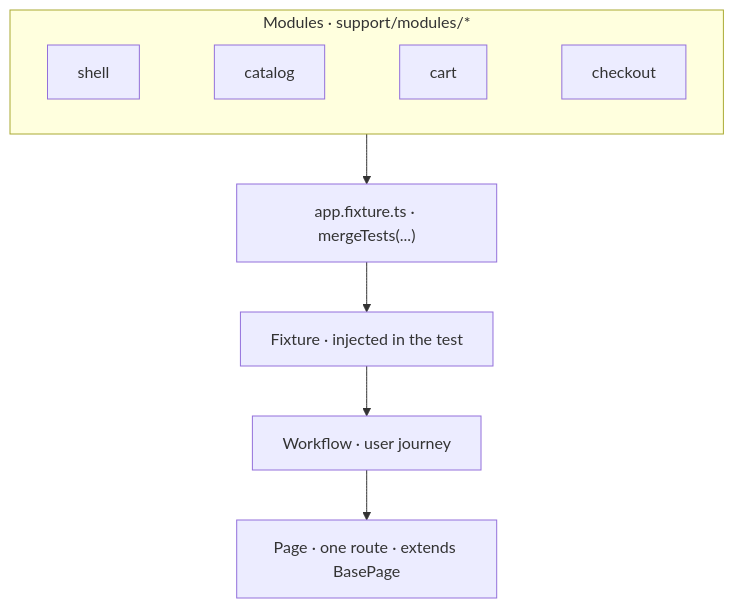
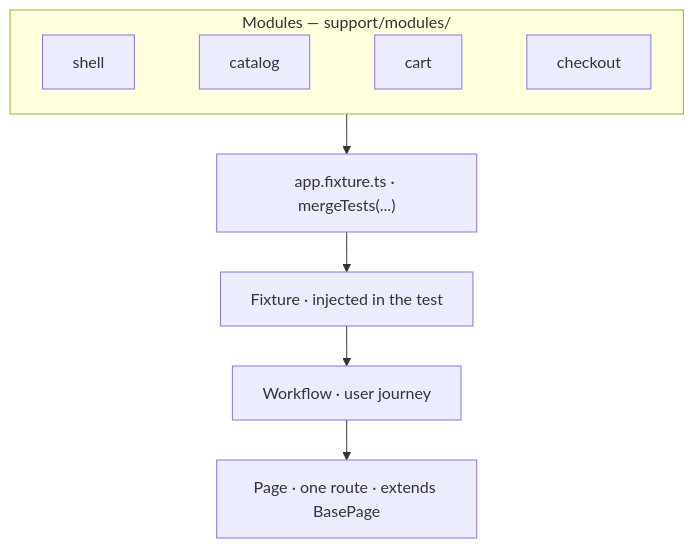
The third of 5 diagrams in README.md (getulionm/pw-composition), drawn with Mermaid before and after one commit. The commit also changed other lines of this file and 2 other files, not shown here.

First line of the commit message:
Improve README diagrams and folder tree readability.

````diff
--- a/README.md
+++ b/README.md
@@ -118,14 +128,15 @@
 ```mermaid
+%%{init: {"themeVariables": {"fontSize": "16px"}, "flowchart": {"nodeSpacing": 30, "rankSpacing": 40}}}%%
 flowchart TB
-  subgraph modules["Modules · support/modules/*"]
+  subgraph modules["Modules — support/modules/"]
     direction LR
     shellM[shell] ~~~ catalogM[catalog] ~~~ cartM[cart] ~~~ checkoutM[checkout]
   end
 
   merge["app.fixture.ts · mergeTests(...)"]
   modules --> merge
 
   merge --> fixture["Fixture · injected in the test"]
   fixture --> workflow["Workflow · user journey"]
   workflow --> page["Page · one route · extends BasePage"]
 ```
````
